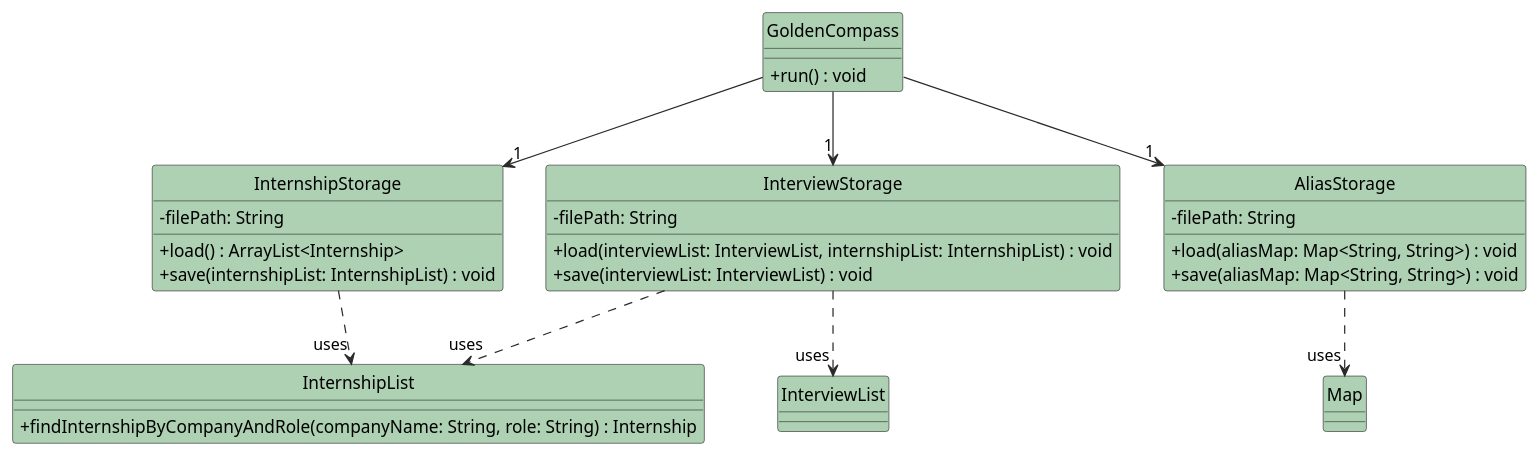
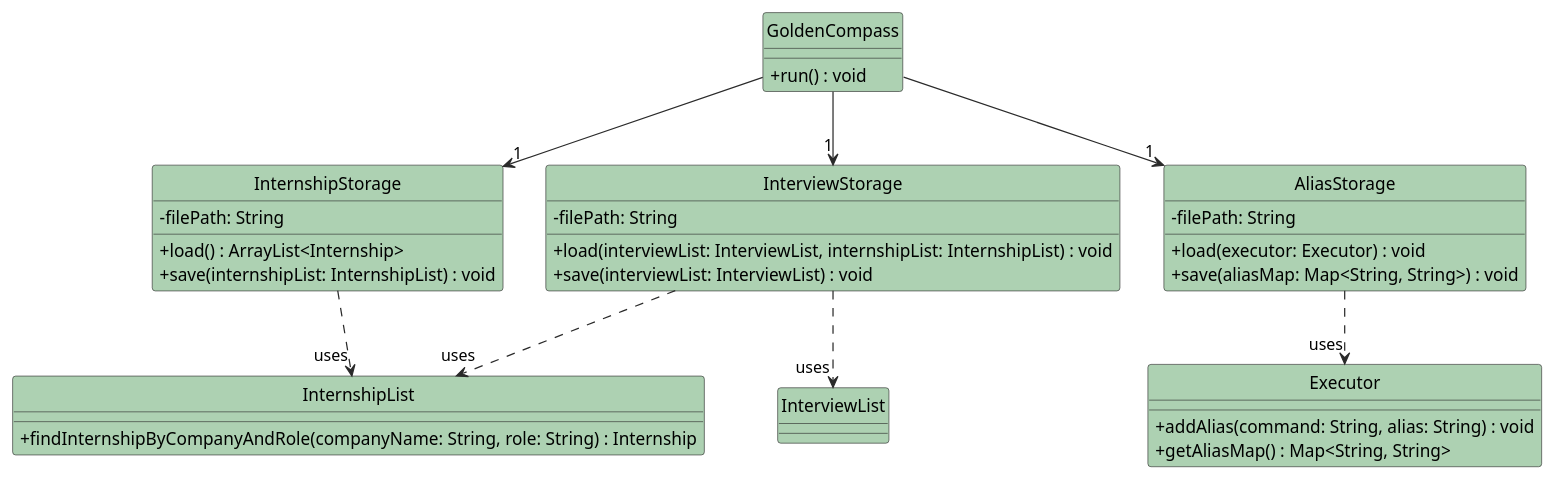
The diagram in docs/diagrams/StorageClassDiagram.puml (AY2526S2-CS2113-W10-4/tp), drawn with PlantUML before and after one commit. The commit also changed 5 other files, not shown here.

```diff
--- a/docs/diagrams/StorageClassDiagram.puml
+++ b/docs/diagrams/StorageClassDiagram.puml
@@ -1,44 +1,52 @@
 @startuml
 hide circle
 skinparam classAttributeIconSize 0
 skinparam class {
     BackgroundColor #ADD1B2
     ArrowColor #2A2A2A
     BorderColor #2A2A2A
 }
 
 class GoldenCompass {
   + run() : void
 }
 
 class InternshipStorage {
   - filePath: String
   + load() : ArrayList<Internship>
   + save(internshipList: InternshipList) : void
 }
 
 class InterviewStorage {
   - filePath: String
   + load(interviewList: InterviewList, internshipList: InternshipList) : void
   + save(interviewList: InterviewList) : void
 }
 
 class AliasStorage {
   - filePath: String
-  + load(aliasMap: Map<String, String>) : void
+  + load(executor: Executor) : void
   + save(aliasMap: Map<String, String>) : void
 }
 
 class InternshipList {
   + findInternshipByCompanyAndRole(companyName: String, role: String) : Internship
+}
+
+class InterviewList {
+}
+
+class Executor {
+  + addAlias(command: String, alias: String) : void
+  + getAliasMap() : Map<String, String>
 }
 
 GoldenCompass --> "1" InternshipStorage
 GoldenCompass --> "1" InterviewStorage
 GoldenCompass --> "1" AliasStorage
 
 InternshipStorage ..> "uses" InternshipList
 InterviewStorage ..> "uses" InternshipList
 InterviewStorage ..> "uses" InterviewList
-AliasStorage ..> "uses" Map
+AliasStorage ..> "uses" Executor
 @enduml
```
